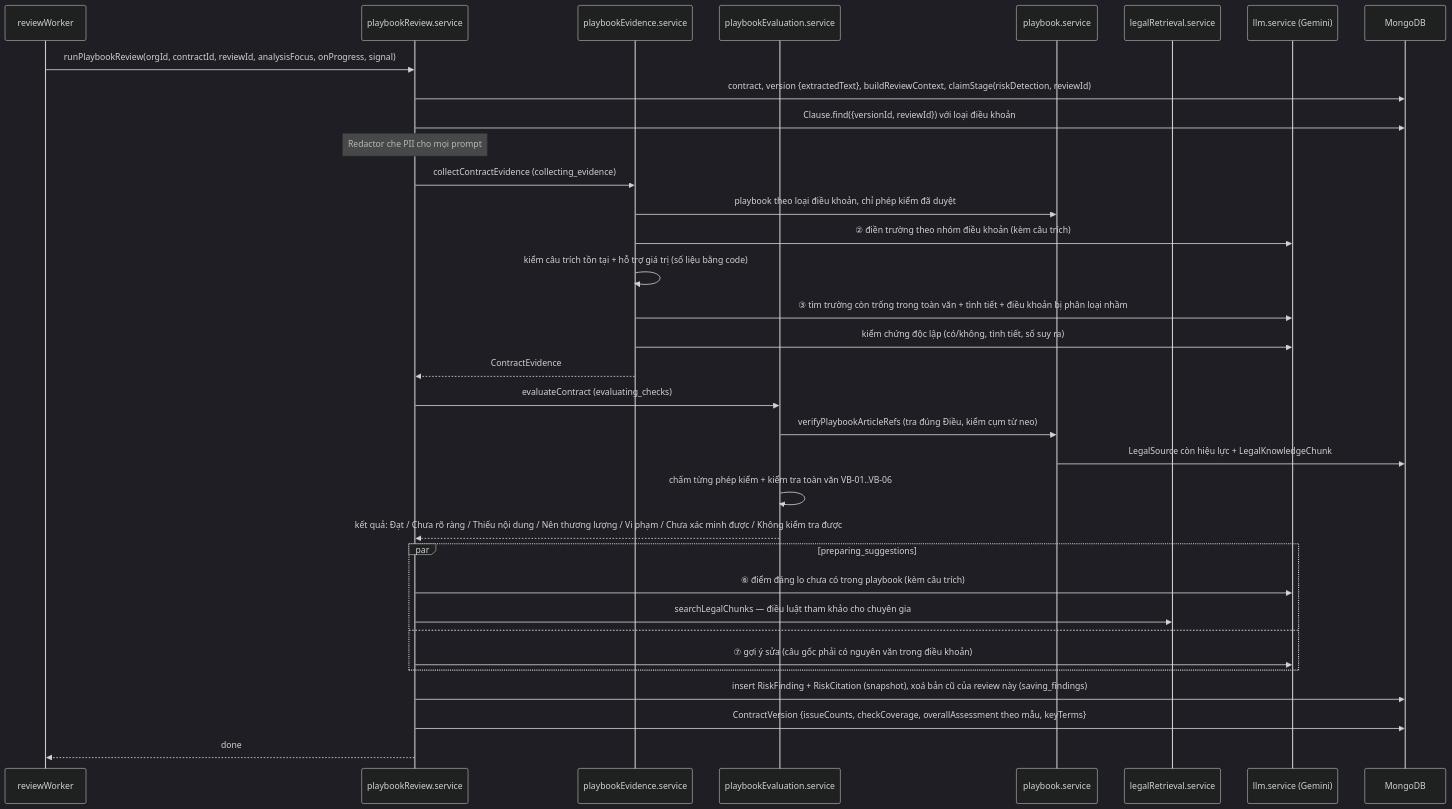
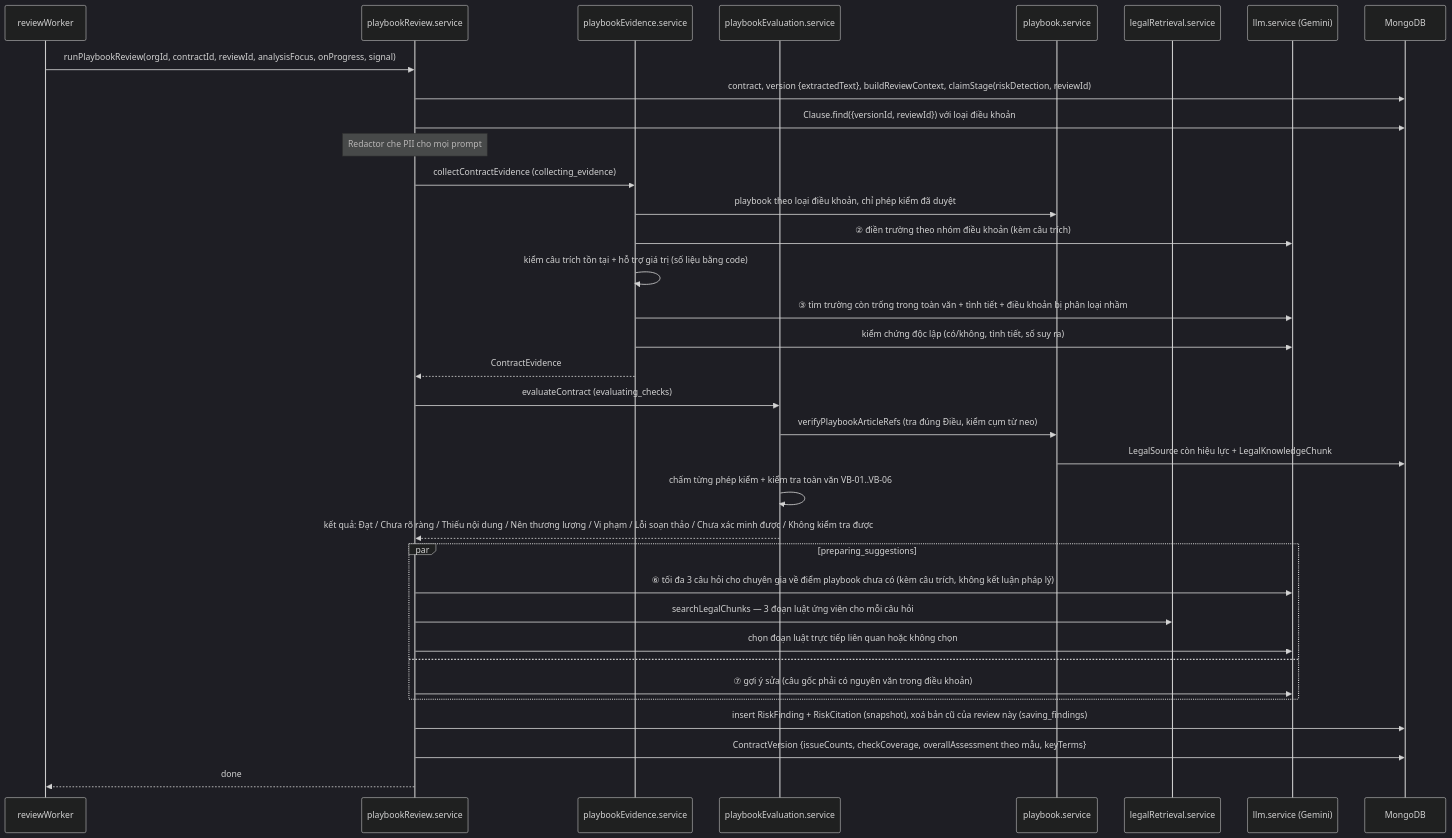
Before and after one commit to dangquyen-91/ai-contract-review-sme: the third of 3 diagrams in docs/ai-review/srs/ai-review-flows.md, drawn with Mermaid (dark theme). The commit also changed other lines of this file and 18 other files, not shown here.

````diff
--- a/docs/ai-review/srs/ai-review-flows.md
+++ b/docs/ai-review/srs/ai-review-flows.md
@@ -147,37 +147,38 @@
 ```mermaid
 sequenceDiagram
     participant W as reviewWorker
     participant PR as playbookReview.service
     participant EV as playbookEvidence.service
     participant EL as playbookEvaluation.service
     participant PB as playbook.service
     participant LR as legalRetrieval.service
     participant LLM as llm.service (Gemini)
     participant DB as MongoDB
 
     W->>PR: runPlaybookReview(orgId, contractId, reviewId, analysisFocus, onProgress, signal)
     PR->>DB: contract, version {extractedText}, buildReviewContext, claimStage(riskDetection, reviewId)
     PR->>DB: Clause.find({versionId, reviewId}) với loại điều khoản
     Note over PR: Redactor che PII cho mọi prompt
     PR->>EV: collectContractEvidence (collecting_evidence)
     EV->>PB: playbook theo loại điều khoản, chỉ phép kiểm đã duyệt
     EV->>LLM: ② điền trường theo nhóm điều khoản (kèm câu trích)
     EV->>EV: kiểm câu trích tồn tại + hỗ trợ giá trị (số liệu bằng code)
     EV->>LLM: ③ tìm trường còn trống trong toàn văn + tình tiết + điều khoản bị phân loại nhầm
     EV->>LLM: kiểm chứng độc lập (có/không, tình tiết, số suy ra)
     EV-->>PR: ContractEvidence
     PR->>EL: evaluateContract (evaluating_checks)
     EL->>PB: verifyPlaybookArticleRefs (tra đúng Điều, kiểm cụm từ neo)
     PB->>DB: LegalSource còn hiệu lực + LegalKnowledgeChunk
     EL->>EL: chấm từng phép kiểm + kiểm tra toàn văn VB-01..VB-06
-    EL-->>PR: kết quả: Đạt / Chưa rõ ràng / Thiếu nội dung / Nên thương lượng / Vi phạm / Chưa xác minh được / Không kiểm tra được
+    EL-->>PR: kết quả: Đạt / Chưa rõ ràng / Thiếu nội dung / Nên thương lượng / Vi phạm / Lỗi soạn thảo / Chưa xác minh được / Không kiểm tra được
     par preparing_suggestions
-        PR->>LLM: ⑥ điểm đáng lo chưa có trong playbook (kèm câu trích)
-        PR->>LR: searchLegalChunks — điều luật tham khảo cho chuyên gia
+        PR->>LLM: ⑥ tối đa 3 câu hỏi cho chuyên gia về điểm playbook chưa có (kèm câu trích, không kết luận pháp lý)
+        PR->>LR: searchLegalChunks — 3 đoạn luật ứng viên cho mỗi câu hỏi
+        PR->>LLM: chọn đoạn luật trực tiếp liên quan hoặc không chọn
     and
         PR->>LLM: ⑦ gợi ý sửa (câu gốc phải có nguyên văn trong điều khoản)
     end
     PR->>DB: insert RiskFinding + RiskCitation (snapshot), xoá bản cũ của review này (saving_findings)
     PR->>DB: ContractVersion {issueCounts, checkCoverage, overallAssessment theo mẫu, keyTerms}
     PR-->>W: done
 ```
````
